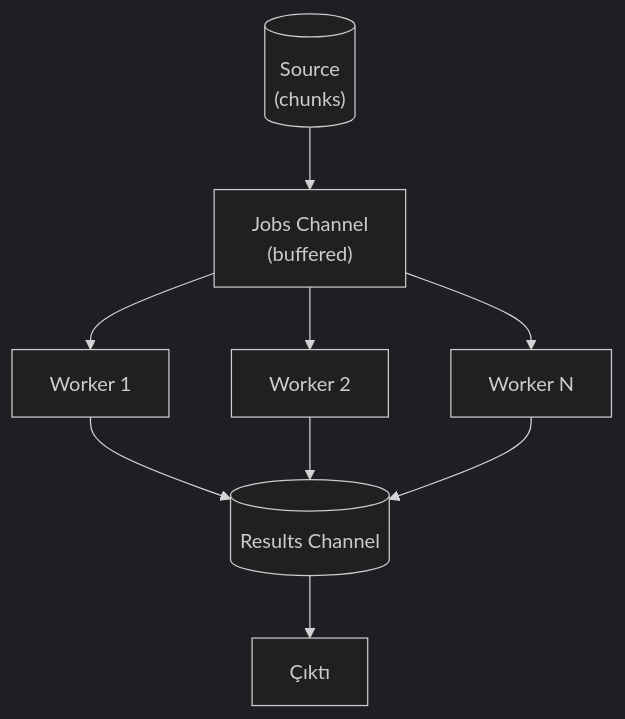
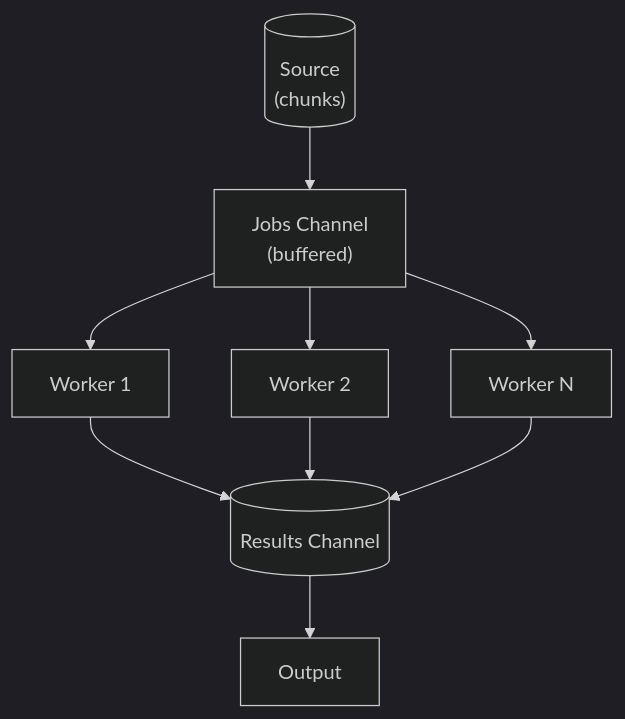
Before and after one commit to actions-marketplace-validations/HodeTech_Leakwatch: the diagram in docs/decisions/ADR-0008-eszamanlilik-modeli.md, drawn with Mermaid (dark theme). The commit also changed other lines of this file and 44 other files, not shown here.

````diff
--- a/docs/decisions/ADR-0008-eszamanlilik-modeli.md
+++ b/docs/decisions/ADR-0008-eszamanlilik-modeli.md
@@ -17,11 +17,11 @@
 ```mermaid
 flowchart TD
     Source[("Source\n(chunks)")] --> Jobs["Jobs Channel\n(buffered)"]
     Jobs --> W1[Worker 1]
     Jobs --> W2[Worker 2]
     Jobs --> WN[Worker N]
     W1 --> Results[("Results Channel")]
     W2 --> Results
     WN --> Results
-    Results --> Output[Çıktı]
+    Results --> Output[Output]
 ```
````
